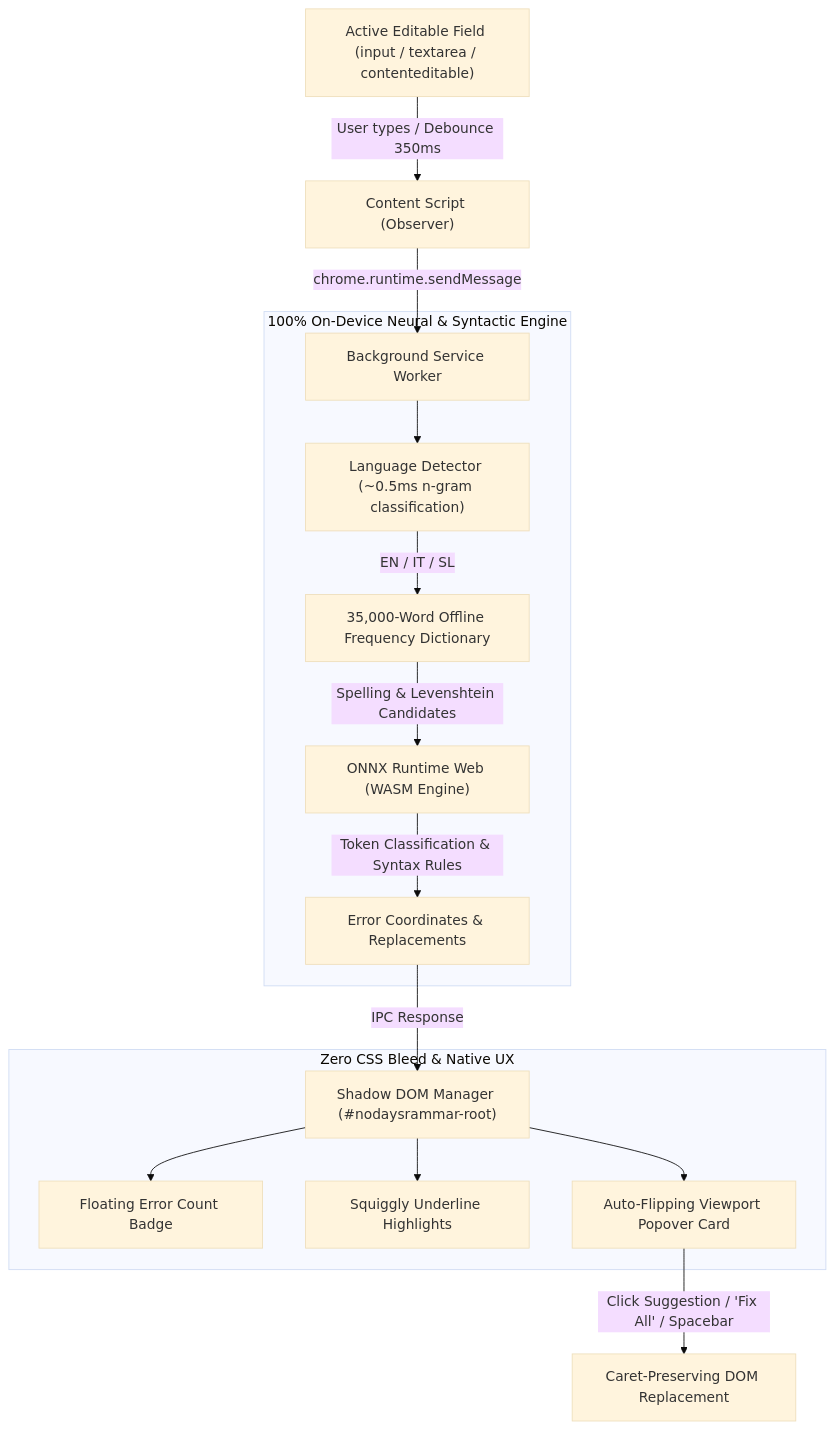
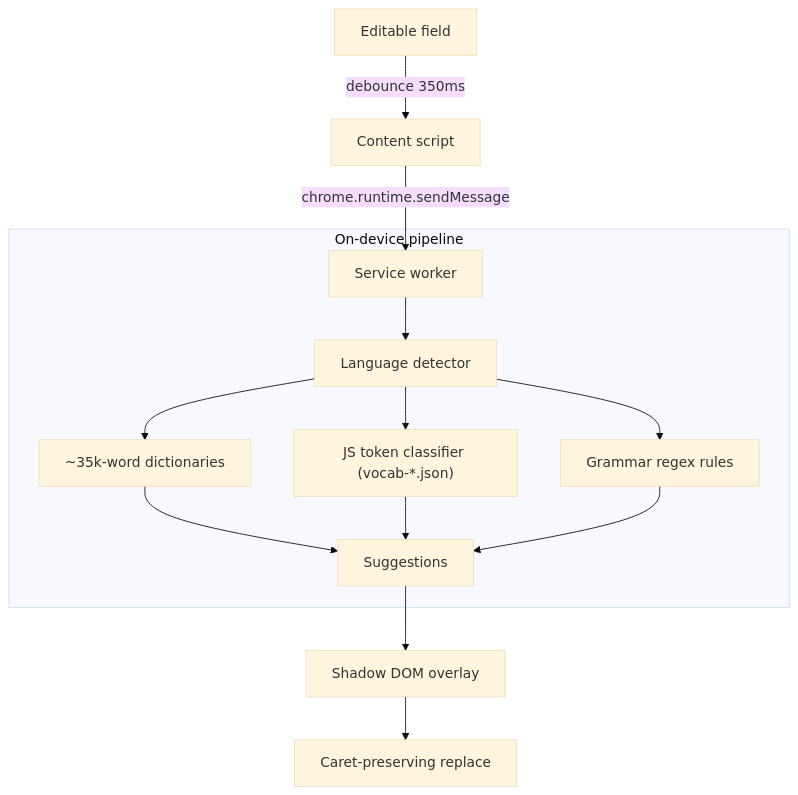
The diagram in README.md (nodaysidle/nodaysrammar), drawn with Mermaid (base theme) before and after one commit. The commit also changed other lines of this file and 43 other files, not shown here.

First line of the commit message:
Release-ready 1.0.1: drop ONNX/WASM, fix REEL bugs, CI/release zip (#1)

````diff
--- a/README.md
+++ b/README.md
@@ -41,23 +111,16 @@
 ```mermaid
 flowchart TD
-    A["Active Editable Field (input / textarea / contenteditable)"] -->|User types / Debounce 350ms| B["Content Script (Observer)"]
-    
-    B -->|chrome.runtime.sendMessage| C["Background Service Worker"]
-    
-    subgraph Local_Pipeline ["100% On-Device Neural & Syntactic Engine"]
-        C --> D["Language Detector (~0.5ms n-gram classification)"]
-        D -->|EN / IT / SL| E["35,000-Word Offline Frequency Dictionary"]
-        E -->|Spelling & Levenshtein Candidates| F["ONNX Runtime Web (WASM Engine)"]
-        F -->|Token Classification & Syntax Rules| G["Error Coordinates & Replacements"]
+    A["Editable field"] -->|debounce 350ms| B["Content script"]
+    B -->|chrome.runtime.sendMessage| C["Service worker"]
+    subgraph OnDevice ["On-device pipeline"]
+      C --> D["Language detector"]
+      D --> E["~35k-word dictionaries"]
+      D --> F["JS token classifier (vocab-*.json)"]
+      D --> G["Grammar regex rules"]
+      E --> H["Suggestions"]
+      F --> H
+      G --> H
     end
-    
-    G -->|IPC Response| H["Shadow DOM Manager (#nodaysrammar-root)"]
-    
-    subgraph Isolated_Overlay ["Zero CSS Bleed & Native UX"]
-        H --> H1["Floating Error Count Badge"]
-        H --> H2["Squiggly Underline Highlights"]
-        H --> H3["Auto-Flipping Viewport Popover Card"]
-    end
-    
-    H3 -->|Click Suggestion / 'Fix All' / Spacebar| I["Caret-Preserving DOM Replacement"]
+    H --> I["Shadow DOM overlay"]
+    I --> J["Caret-preserving replace"]
 ```
````
